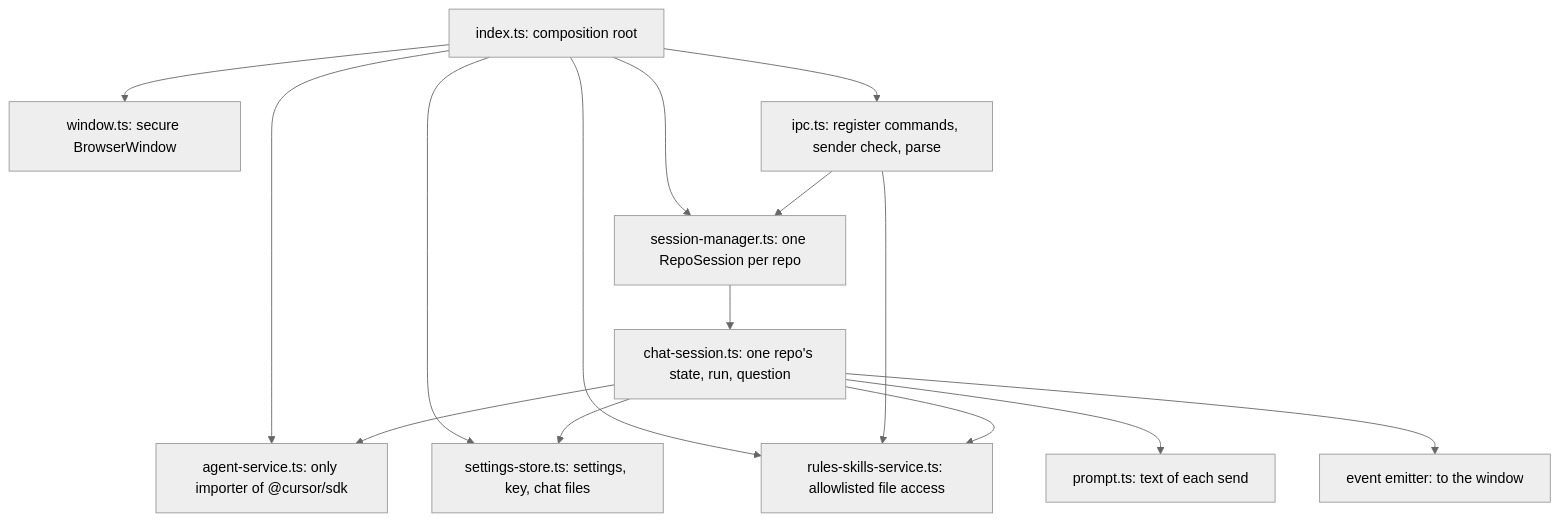
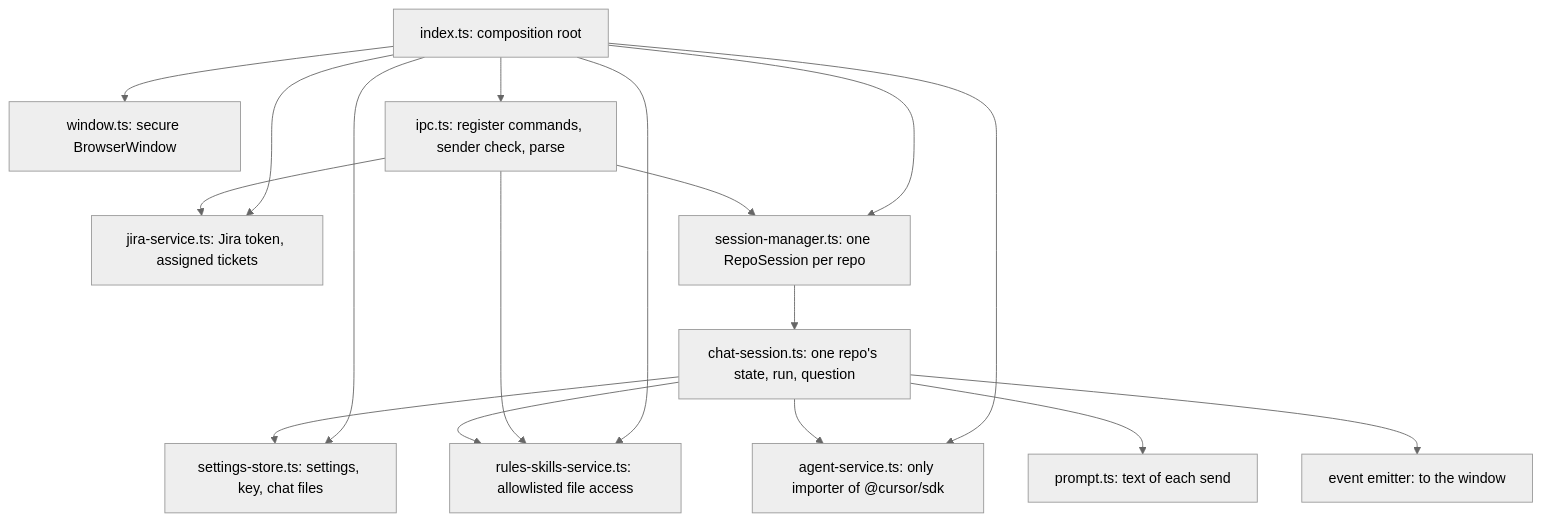
Before and after one commit to valentin-barakov/flowFE: the second of 2 diagrams in docs/architecture.md, drawn with Mermaid (neutral theme). The commit also changed other lines of this file and 30 other files, not shown here.

First line of the commit message:
Add Jira tickets and subagent cards.

````diff
--- a/docs/architecture.md
+++ b/docs/architecture.md
@@ -26,17 +27,19 @@
 ```mermaid
 flowchart TB
     Index["index.ts: composition root"] --> Window["window.ts: secure BrowserWindow"]
     Index --> Ipc["ipc.ts: register commands, sender check, parse"]
     Index --> Settings["settings-store.ts: settings, key, chat files"]
     Index --> Files["rules-skills-service.ts: allowlisted file access"]
+    Index --> Jira["jira-service.ts: Jira token, assigned tickets"]
+    Ipc --> Jira
     Index --> Agent["agent-service.ts: only importer of @cursor/sdk"]
     Index --> Manager["session-manager.ts: one RepoSession per repo"]
     Ipc --> Manager
     Manager --> Session["chat-session.ts: one repo's state, run, question"]
     Ipc --> Files
     Session --> Agent
     Session --> Settings
     Session --> Files
     Session --> Prompt["prompt.ts: text of each send"]
     Session --> Events["event emitter: to the window"]
 ```
````
